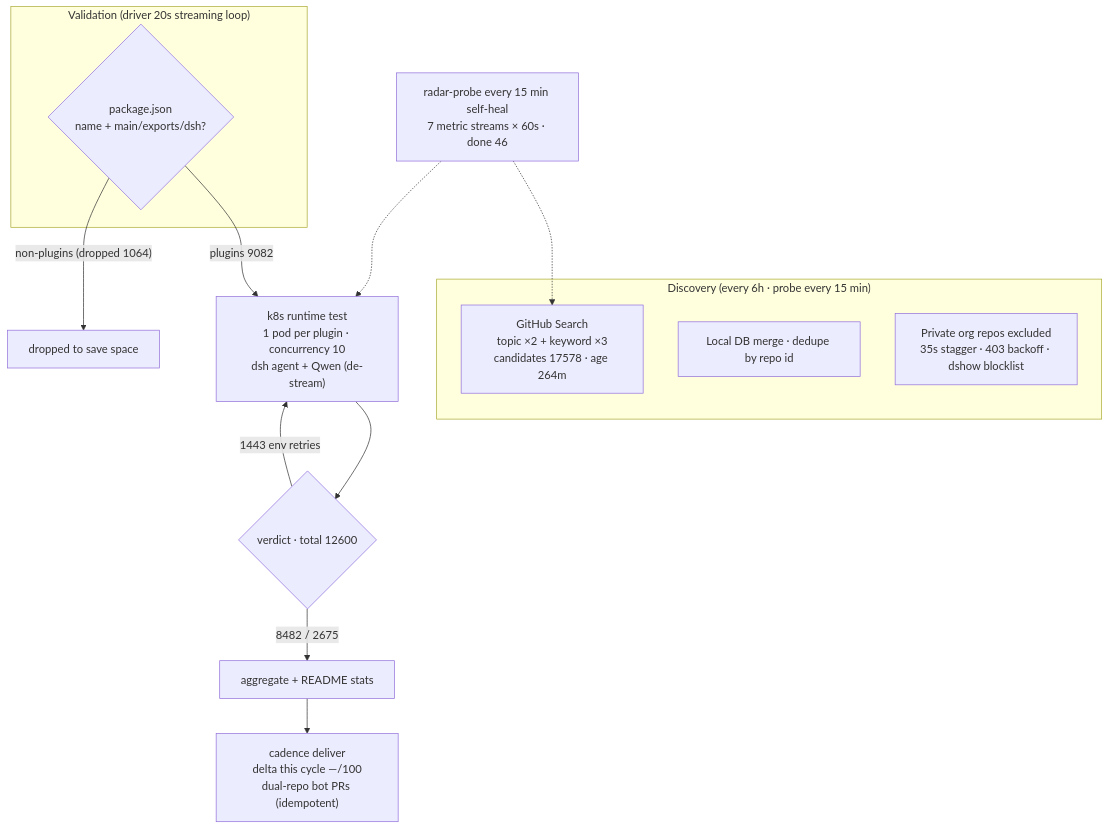
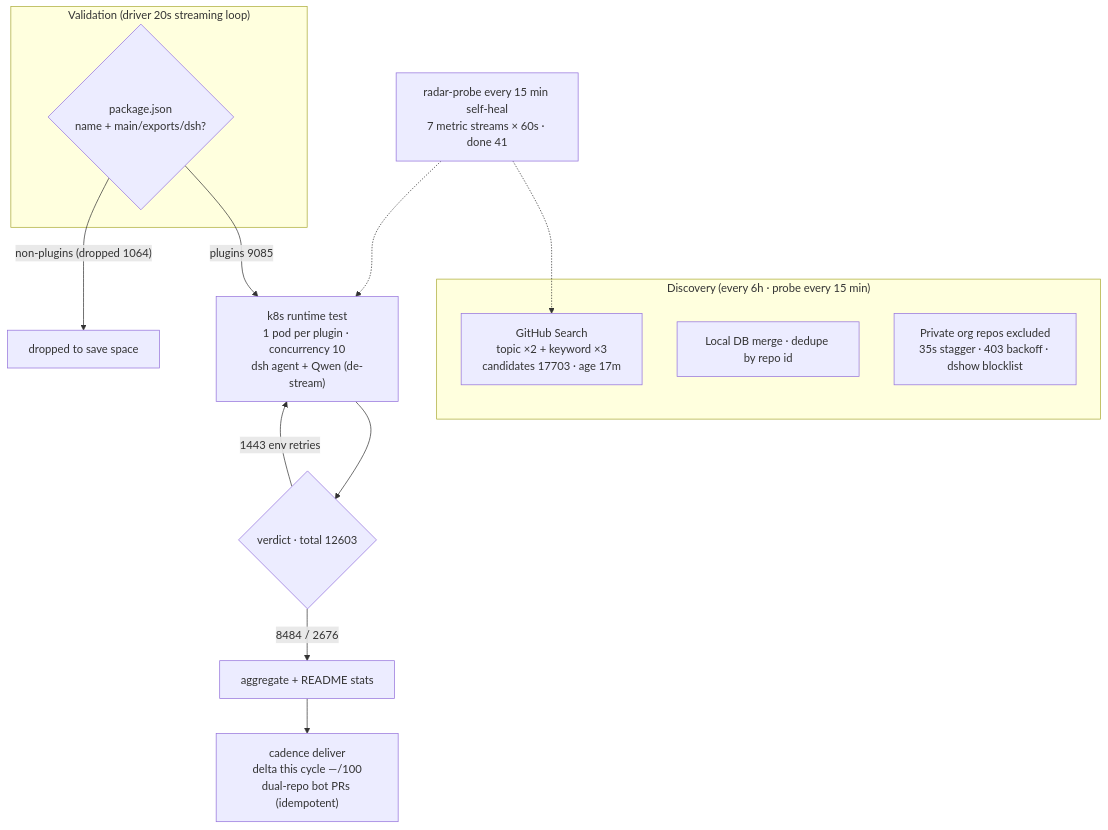
Before and after one commit to AdamPlatin123/awesome-dsh-plugins: the diagram in README.en-US.md, drawn with Mermaid. The commit also changed other lines of this file and 5 other files, not shown here.

````diff
--- a/README.en-US.md
+++ b/README.en-US.md
@@ -45,20 +45,20 @@
 ```mermaid
 flowchart TB
     subgraph Discovery["Discovery (every 6h · probe every 15 min)"]
-        A1["GitHub Search<br/>topic ×2 + keyword ×3<br/>candidates 17578 · age 264m"]
+        A1["GitHub Search<br/>topic ×2 + keyword ×3<br/>candidates 17703 · age 17m"]
         A2["Local DB merge · dedupe by repo id"]
         A3["Private org repos excluded<br/>35s stagger · 403 backoff · dshow blocklist"]
     end
     subgraph Validation["Validation (driver 20s streaming loop)"]
         B1{"package.json<br/>name + main/exports/dsh?"}
     end
-    B1 -->|"plugins 9082"| C1["k8s runtime test<br/>1 pod per plugin · concurrency 10<br/>dsh agent + Qwen (de-stream)"]
+    B1 -->|"plugins 9085"| C1["k8s runtime test<br/>1 pod per plugin · concurrency 10<br/>dsh agent + Qwen (de-stream)"]
     B1 -->|"non-plugins (dropped 1064)"| B3["dropped to save space"]
-    C1 --> D1{"verdict · total 12600"}
-    D1 -->|"8482 / 2675"| E1["aggregate + README stats"]
+    C1 --> D1{"verdict · total 12603"}
+    D1 -->|"8484 / 2676"| E1["aggregate + README stats"]
     D1 -->|"1443 env retries"| C1
     E1 --> E2["cadence deliver<br/>delta this cycle —/100<br/>dual-repo bot PRs (idempotent)"]
-    M["radar-probe every 15 min self-heal<br/>7 metric streams × 60s · done 46"]
+    M["radar-probe every 15 min self-heal<br/>7 metric streams × 60s · done 41"]
     M -.-> A1
     M -.-> C1
 ```
````
